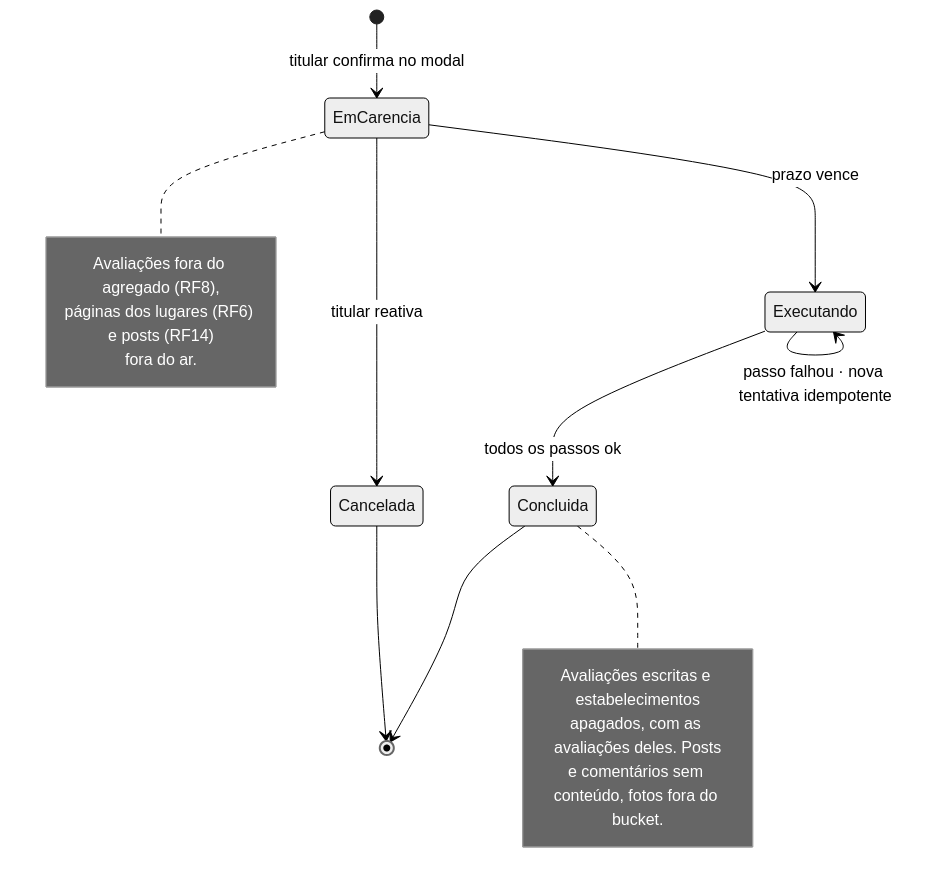
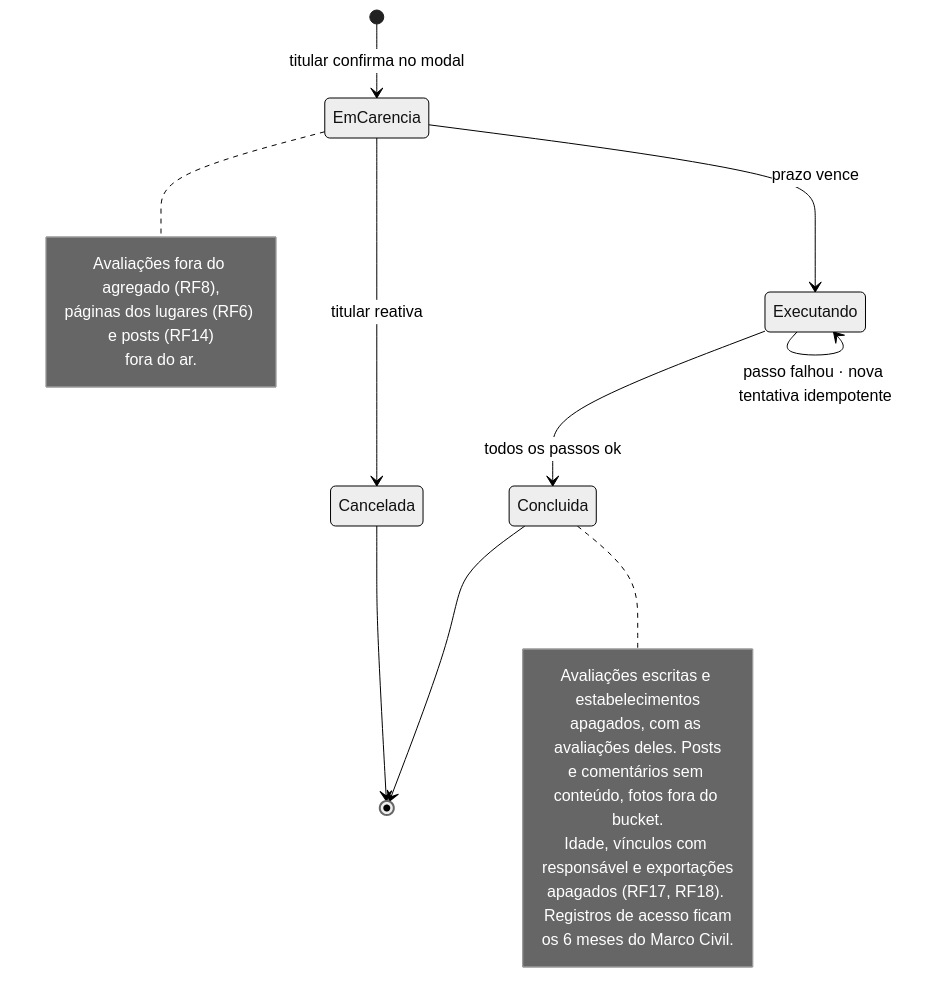
The second of 2 diagrams in docs/RF5/estados.md (MatheusHaliski/Friendly-Eats), drawn with Mermaid (neutral theme) before and after one commit. The commit also changed 45 other files, not shown here.

````diff
--- a/docs/RF5/estados.md
+++ b/docs/RF5/estados.md
@@ -27,20 +27,23 @@
 ```mermaid
 stateDiagram-v2
     [*] --> EmCarencia : titular confirma no modal
     EmCarencia --> Cancelada : titular reativa
     EmCarencia --> Executando : prazo vence
     Executando --> Executando : passo falhou · nova tentativa idempotente
     Executando --> Concluida : todos os passos ok
     Concluida --> [*]
     Cancelada --> [*]
     note right of EmCarencia
         Avaliações fora do agregado (RF8),
         páginas dos lugares (RF6) e posts (RF14)
         fora do ar.
     end note
     note right of Concluida
         Avaliações escritas e estabelecimentos
         apagados, com as avaliações deles. Posts
         e comentários sem conteúdo, fotos fora do bucket.
+        Idade, vínculos com responsável e exportações
+        apagados (RF17, RF18). Registros de acesso ficam
+        os 6 meses do Marco Civil.
     end note
 ```
````
